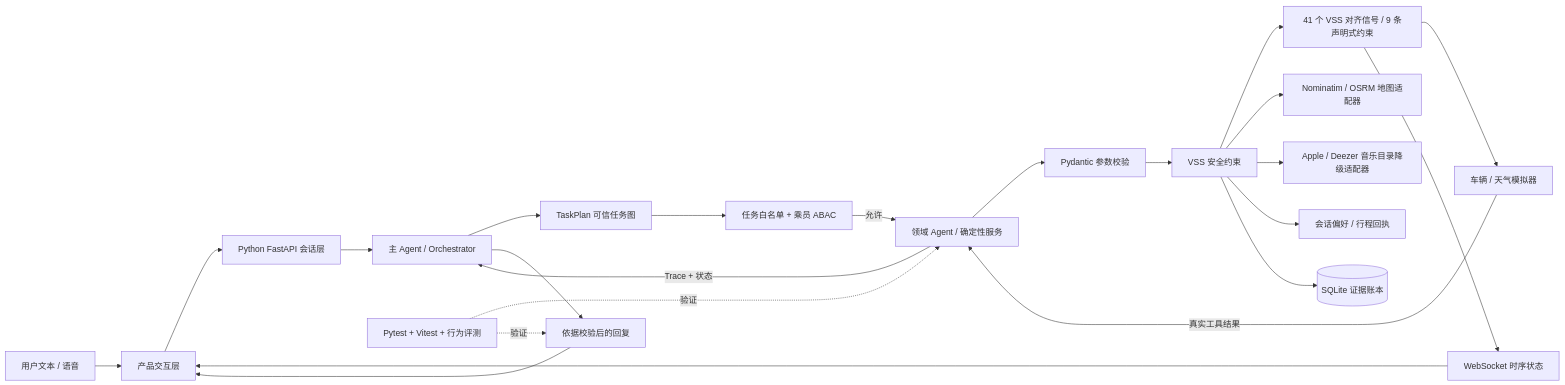
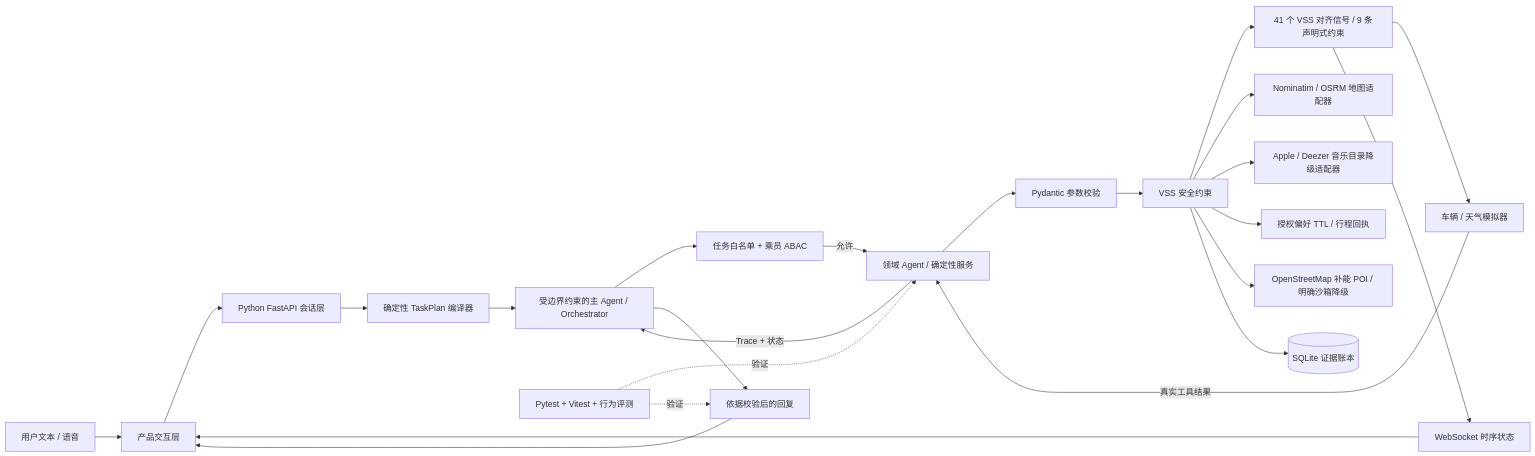
The diagram in README.md (whisper621/CabinGuard), drawn with Mermaid before and after one commit. The commit also changed other lines of this file and 68 other files, not shown here.

````diff
--- a/README.md
+++ b/README.md
@@ -130,26 +132,27 @@
 ```mermaid
 flowchart LR
     U[用户文本 / 语音] --> UI[产品交互层]
     UI --> S[Python FastAPI 会话层]
-    S --> LLM[主 Agent / Orchestrator]
-    LLM --> PLAN[TaskPlan 可信任务图]
-    PLAN --> P[任务白名单 + 乘员 ABAC]
+    S --> PLAN[确定性 TaskPlan 编译器]
+    PLAN --> LLM[受边界约束的主 Agent / Orchestrator]
+    LLM --> P[任务白名单 + 乘员 ABAC]
     P -->|允许| EX[领域 Agent / 确定性服务]
     EX --> V[Pydantic 参数校验]
     V --> G[VSS 安全约束]
     G --> VSS[41 个 VSS 对齐信号 / 9 条声明式约束]
     VSS --> SIM[车辆 / 天气模拟器]
     G --> MAP[Nominatim / OSRM 地图适配器]
     G --> MEDIA[Apple / Deezer 音乐目录降级适配器]
-    G --> MEM[会话偏好 / 行程回执]
+    G --> MEM[授权偏好 TTL / 行程回执]
+    G --> POI[OpenStreetMap 补能 POI / 明确沙箱降级]
     G --> EVT[(SQLite 证据账本)]
     VSS --> WS[WebSocket 时序状态]
     WS --> UI
     SIM -->|真实工具结果| EX
     EX -->|Trace + 状态| LLM
     LLM --> R[依据校验后的回复]
     R --> UI
 
     T[Pytest + Vitest + 行为评测] -.验证.-> EX
     T -.验证.-> R
 ```
````
